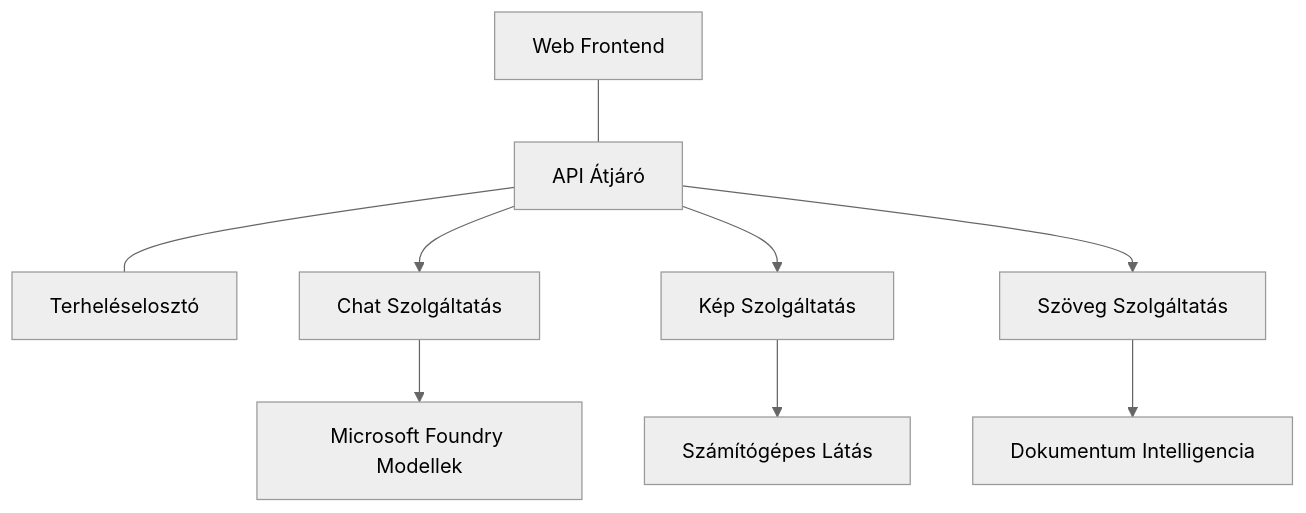
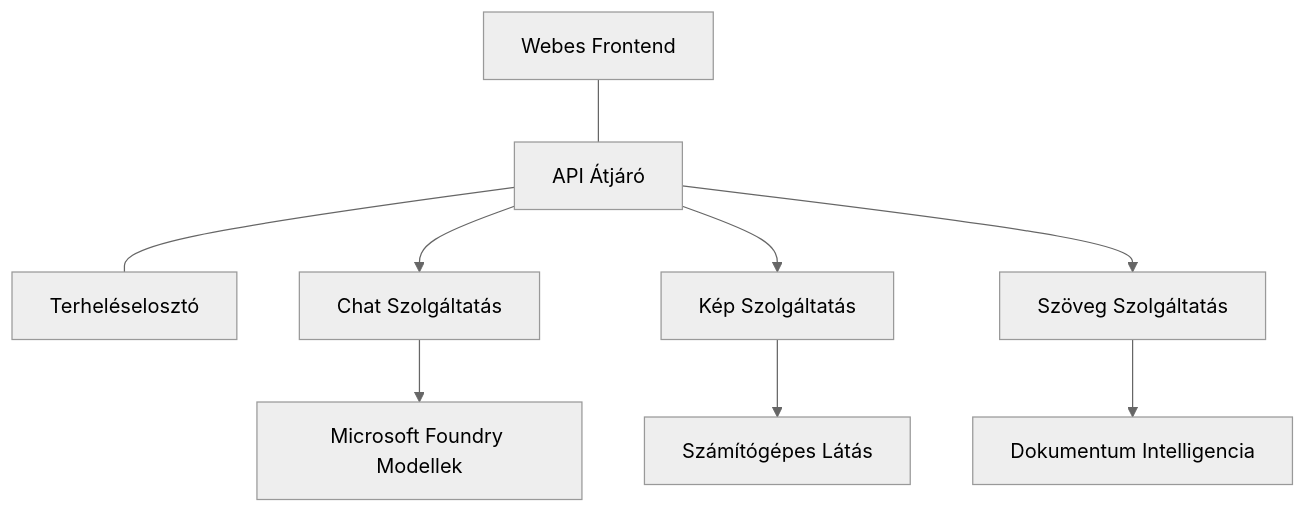
One commit to microsoft/AZD-for-beginners changed the diagram in translations/hu/docs/chapter-08-production/production-ai-practices.md. Above: the diagram before and after it, drawn with Mermaid (neutral theme). The commit also changed other lines of this file and 101 other files, not shown here.

````diff
--- a/translations/hu/docs/chapter-08-production/production-ai-practices.md
+++ b/translations/hu/docs/chapter-08-production/production-ai-practices.md
@@ -30,10 +30,10 @@
 ```mermaid
 graph TD
-    Frontend[Web Frontend] --- Gateway[API Átjáró] --- LB[Terheléselosztó]
+    Frontend[Webes Frontend] --- Gateway[API Átjáró] --- LB[Terheléselosztó]
     Gateway --> Chat[Chat Szolgáltatás]
     Gateway --> Image[Kép Szolgáltatás]
     Gateway --> Text[Szöveg Szolgáltatás]
     Chat --> OpenAI[Microsoft Foundry Modellek]
     Image --> Vision[Számítógépes Látás]
     Text --> DocIntel[Dokumentum Intelligencia]
 ```
````
